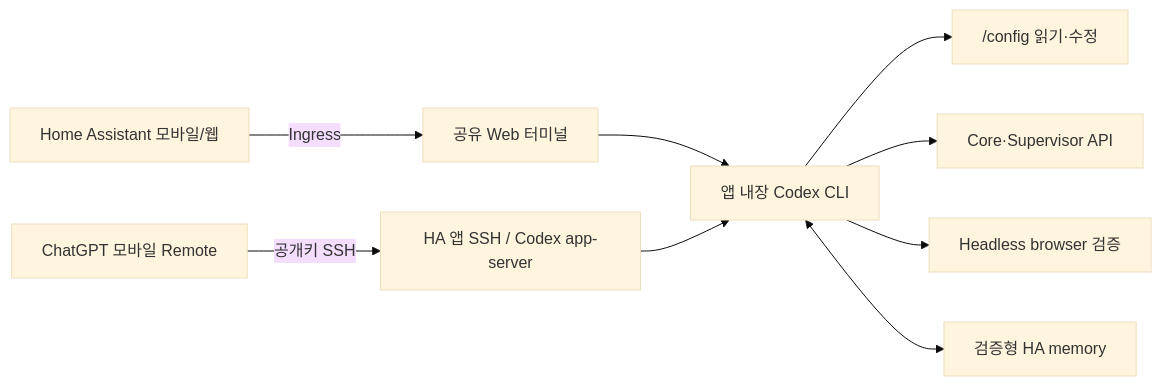
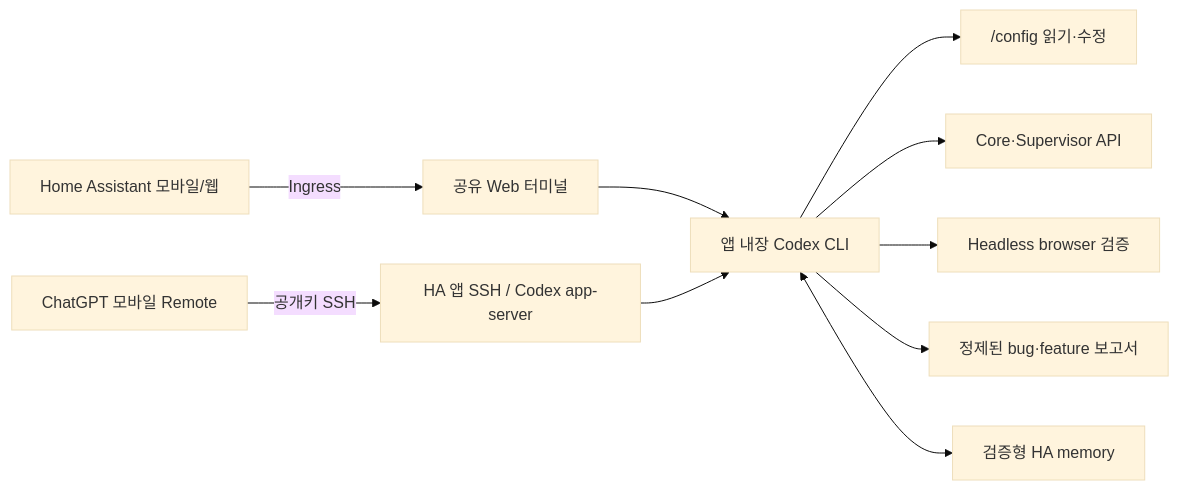
The diagram in README.md (Kanu-Coffee/codex-for-home-assistant), drawn with Mermaid (base theme) before and after one commit. The commit also changed other lines of this file and 44 other files, not shown here.

````diff
--- a/README.md
+++ b/README.md
@@ -64,11 +65,12 @@
 ```mermaid
 flowchart LR
     M["Home Assistant 모바일/웹"] -->|Ingress| T["공유 Web 터미널"]
     P["ChatGPT 모바일 Remote"] -->|공개키 SSH| S["HA 앱 SSH / Codex app-server"]
     T --> C["앱 내장 Codex CLI"]
     S --> C
     C --> F["/config 읽기·수정"]
     C --> A["Core·Supervisor API"]
     C --> B["Headless browser 검증"]
+    C --> R["정제된 bug·feature 보고서"]
     C <--> H["검증형 HA memory"]
 ```
````
